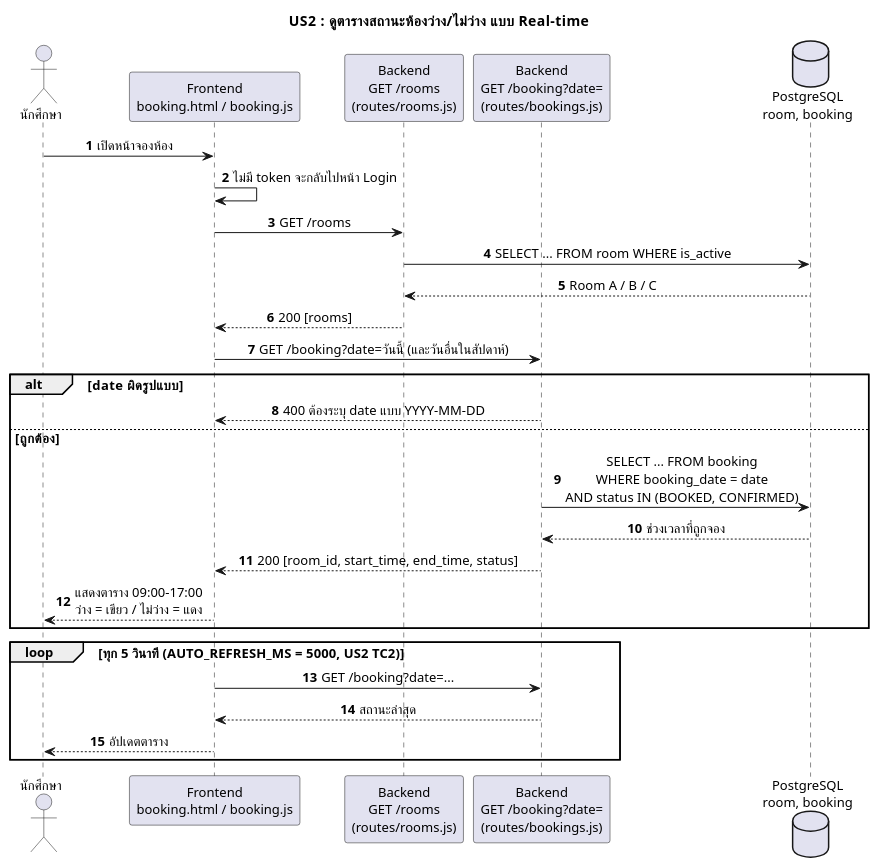
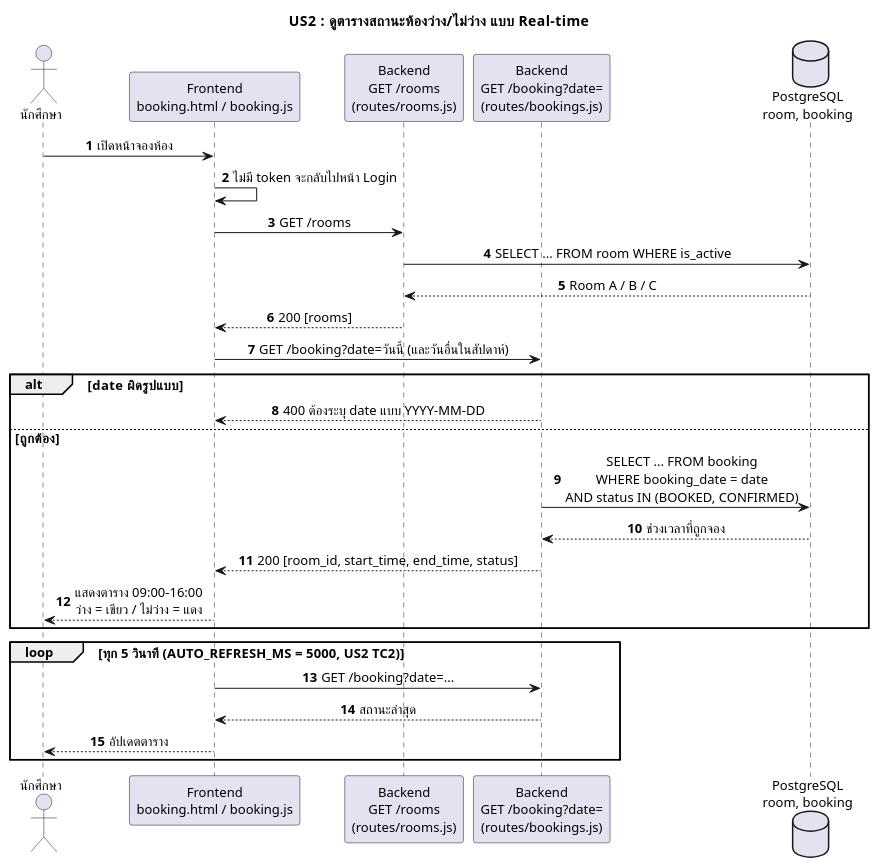
One commit to niairi/cs261_650001_group8 changed the diagram in docs/design/sequence/US2-view-table.puml. Above: the diagram before and after it, drawn with PlantUML. The commit also changed 18 other files, not shown here.

Commit message:
docs(Task58): เพิ่ม Sequence Diagram US6-US10, DFD, อัปเดต Class Diagram และเวลาทำการ 09:00-16:00 ใน US2 US3

```diff
--- a/docs/design/sequence/US2-view-table.puml
+++ b/docs/design/sequence/US2-view-table.puml
@@ -1,34 +1,34 @@
 @startuml
 skinparam defaultFontName Loma
 skinparam defaultFontSize 13
 skinparam sequenceMessageAlign center
 skinparam responseMessageBelowArrow true
 autonumber
 title US2 : ดูตารางสถานะห้องว่าง/ไม่ว่าง แบบ Real-time
 actor "นักศึกษา" as U
 participant "Frontend\nbooking.html / booking.js" as FE
 participant "Backend\nGET /rooms\n(routes/rooms.js)" as RR
 participant "Backend\nGET /booking?date=\n(routes/bookings.js)" as RB
 database "PostgreSQL\nroom, booking" as DB
 
 U -> FE : เปิดหน้าจองห้อง
 FE -> FE : ไม่มี token จะกลับไปหน้า Login
 FE -> RR : GET /rooms
 RR -> DB : SELECT ... FROM room WHERE is_active
 DB --> RR : Room A / B / C
 RR --> FE : 200 [rooms]
 FE -> RB : GET /booking?date=วันนี้ (และวันอื่นในสัปดาห์)
 alt date ผิดรูปแบบ
   RB --> FE : 400 ต้องระบุ date แบบ YYYY-MM-DD
 else ถูกต้อง
   RB -> DB : SELECT ... FROM booking\nWHERE booking_date = date\nAND status IN (BOOKED, CONFIRMED)
   DB --> RB : ช่วงเวลาที่ถูกจอง
   RB --> FE : 200 [room_id, start_time, end_time, status]
-  FE --> U : แสดงตาราง 09:00–17:00\nว่าง = เขียว / ไม่ว่าง = แดง
+  FE --> U : แสดงตาราง 09:00–16:00\nว่าง = เขียว / ไม่ว่าง = แดง
 end
 loop ทุก 5 วินาที (AUTO_REFRESH_MS = 5000, US2 TC2)
   FE -> RB : GET /booking?date=...
   RB --> FE : สถานะล่าสุด
   FE --> U : อัปเดตตาราง
 end
 @enduml
```
